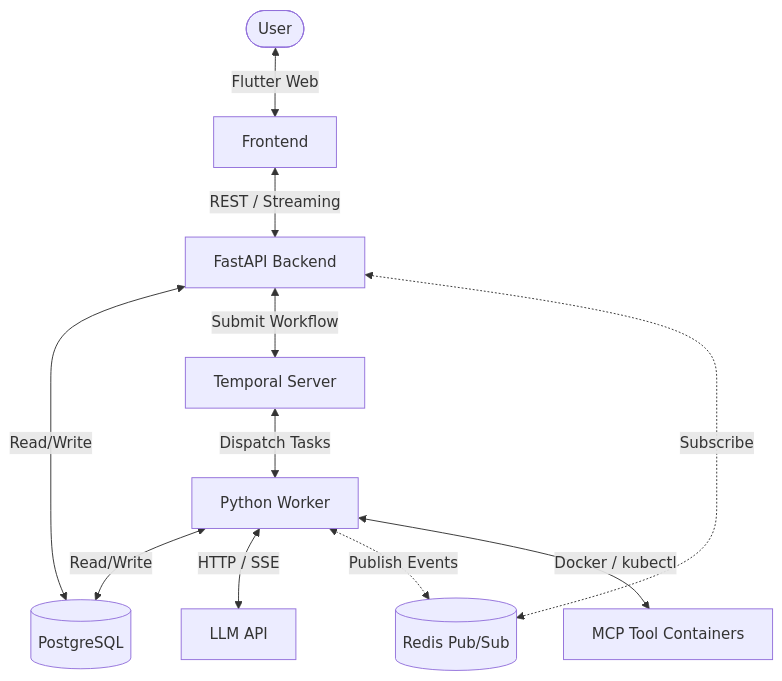
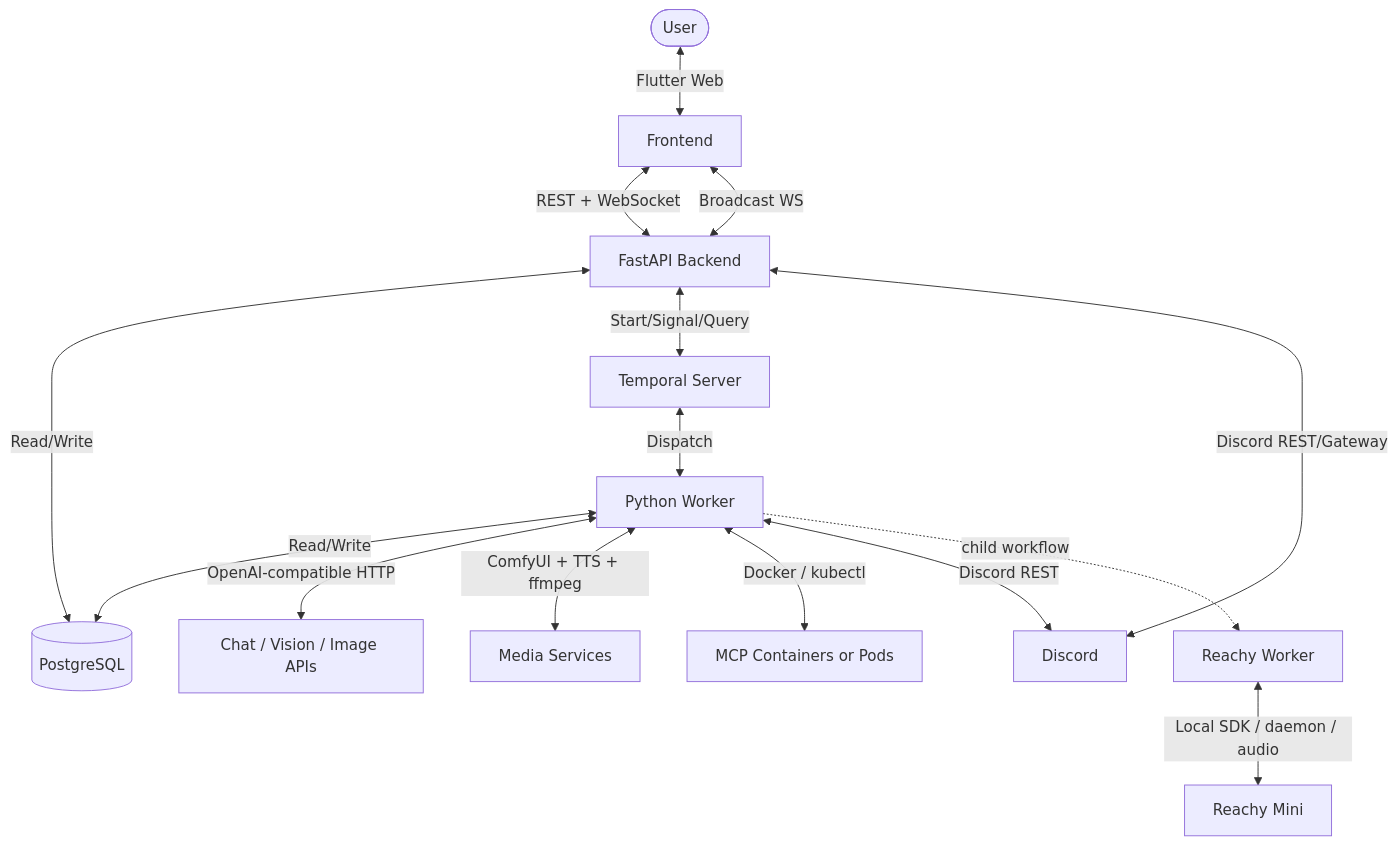
One commit to GethosTheWalrus/thread-bot changed the diagram in README.md. Above: the diagram before and after it, drawn with Mermaid. The commit also changed other lines of this file and 1 other file, not shown here.

Commit message:
docs: update README and architecture docs

````diff
--- a/README.md
+++ b/README.md
@@ -63,13 +60,17 @@
 ```mermaid
 graph TD
     User([User]) <-->|Flutter Web| FE[Frontend]
-    FE <-->|REST / Streaming| BE[FastAPI Backend]
+    FE <-->|REST + WebSocket| BE[FastAPI Backend]
+    FE <-->|Broadcast WS| BE
     BE <-->|Read/Write| DB[(PostgreSQL)]
-    BE <-->|Submit Workflow| T[Temporal Server]
-    BE <-.->|Subscribe| R[(Redis Pub/Sub)]
-    T <-->|Dispatch Tasks| W[Python Worker]
+    BE <-->|Start/Signal/Query| T[Temporal Server]
+    T <-->|Dispatch| W[Python Worker]
     W <-->|Read/Write| DB
-    W <-->|HTTP / SSE| LLM[LLM API]
-    W <-.->|Publish Events| R
-    W <-->|Docker / kubectl| MCP[MCP Tool Containers]
+    W <-->|OpenAI-compatible HTTP| LLM[Chat / Vision / Image APIs]
+    W <-->|ComfyUI + TTS + ffmpeg| Media[Media Services]
+    W <-->|Docker / kubectl| MCP[MCP Containers or Pods]
+    BE <-->|Discord REST/Gateway| Discord[Discord]
+    W <-->|Discord REST| Discord
+    W -. child workflow .-> RW[Reachy Worker]
+    RW <-->|Local SDK / daemon / audio| Reachy[Reachy Mini]
 ```
````
